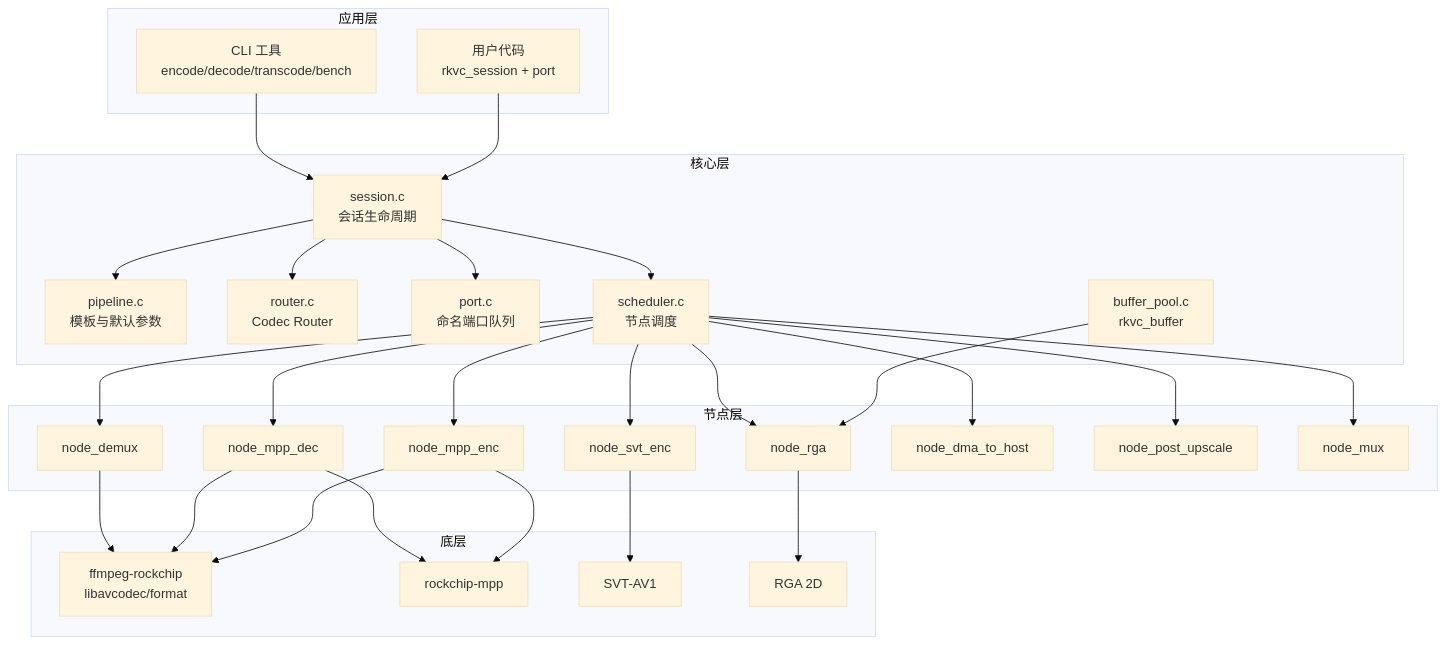
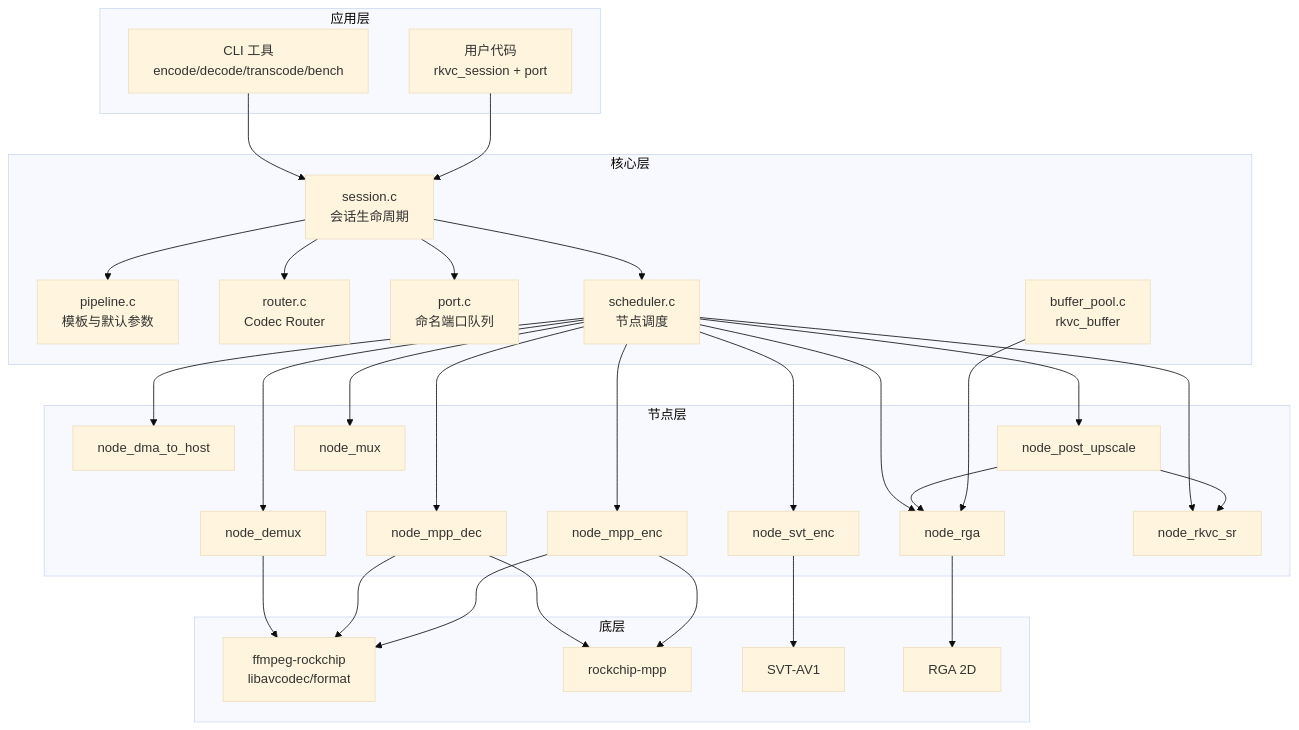
One commit to Puiching-Memory/rockchip-video-codec changed the diagram in docs/architecture.md. Above: the diagram before and after it, drawn with Mermaid (base theme). The commit also changed other lines of this file and 16 other files, not shown here.

````diff
--- a/docs/architecture.md
+++ b/docs/architecture.md
@@ -7,57 +7,61 @@
 ```mermaid
 graph TD
     subgraph 应用层
         CLI["CLI 工具<br/>encode/decode/transcode/bench"]
         App["用户代码<br/>rkvc_session + port"]
     end
 
     subgraph 核心层
         Session["session.c<br/>会话生命周期"]
         Pipeline["pipeline.c<br/>模板与默认参数"]
         Router["router.c<br/>Codec Router"]
         Port["port.c<br/>命名端口队列"]
         Buffer["buffer_pool.c<br/>rkvc_buffer"]
         Scheduler["scheduler.c<br/>节点调度"]
     end
 
     subgraph 节点层
         Demux["node_demux"]
         MppDec["node_mpp_dec"]
         MppEnc["node_mpp_enc"]
         SvtEnc["node_svt_enc"]
         Rga["node_rga"]
         DmaHost["node_dma_to_host"]
         PostUp["node_post_upscale"]
+        RkvcSr["node_rkvc_sr"]
         Mux["node_mux"]
     end
 
     subgraph 底层
         FFmpeg["ffmpeg-rockchip<br/>libavcodec/format"]
         MPP["rockchip-mpp"]
         SVT["SVT-AV1"]
         RGA_hw["RGA 2D"]
     end
 
     CLI --> Session
     App --> Session
     Session --> Pipeline
     Session --> Router
     Session --> Port
     Session --> Scheduler
     Scheduler --> Demux
     Scheduler --> MppDec
     Scheduler --> MppEnc
     Scheduler --> SvtEnc
     Scheduler --> Rga
     Scheduler --> DmaHost
     Scheduler --> PostUp
+    Scheduler --> RkvcSr
     Scheduler --> Mux
+    PostUp --> Rga
+    PostUp --> RkvcSr
     Buffer --> Rga
     Demux --> FFmpeg
     MppDec --> FFmpeg
     MppEnc --> FFmpeg
     SvtEnc --> SVT
     Rga --> RGA_hw
     MppDec --> MPP
     MppEnc --> MPP
 ```
````
